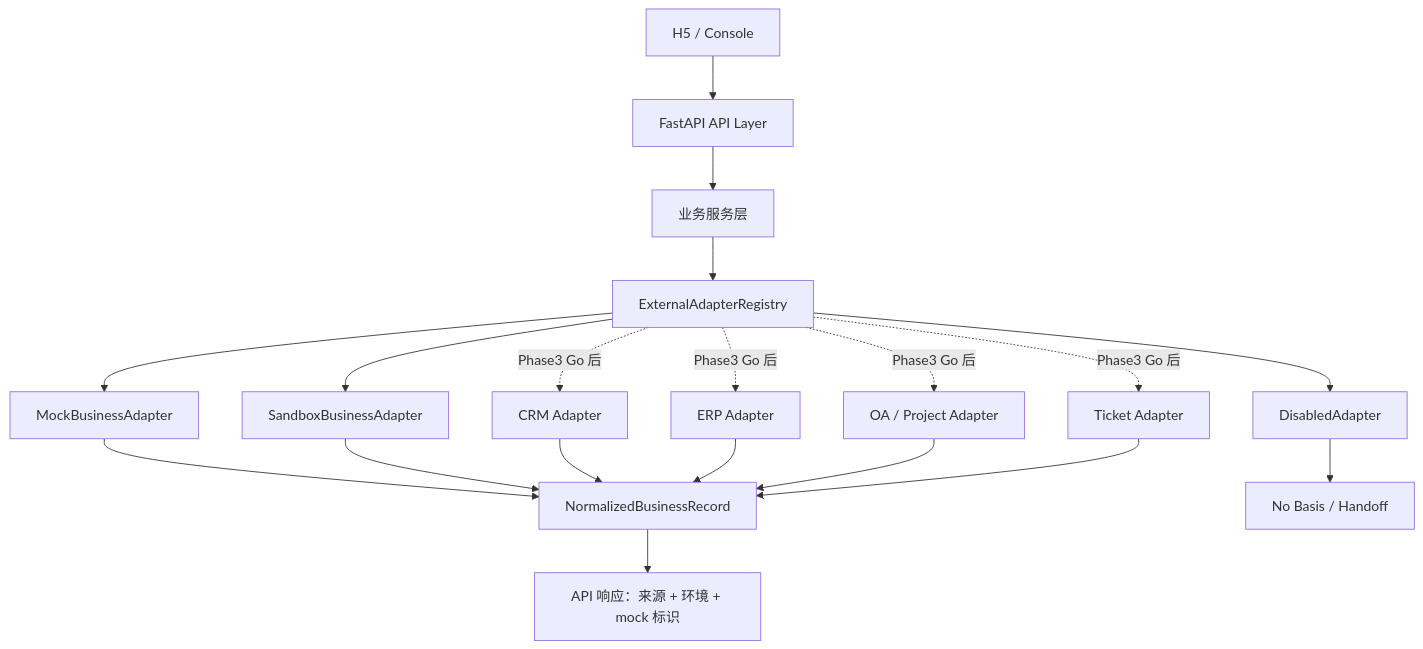
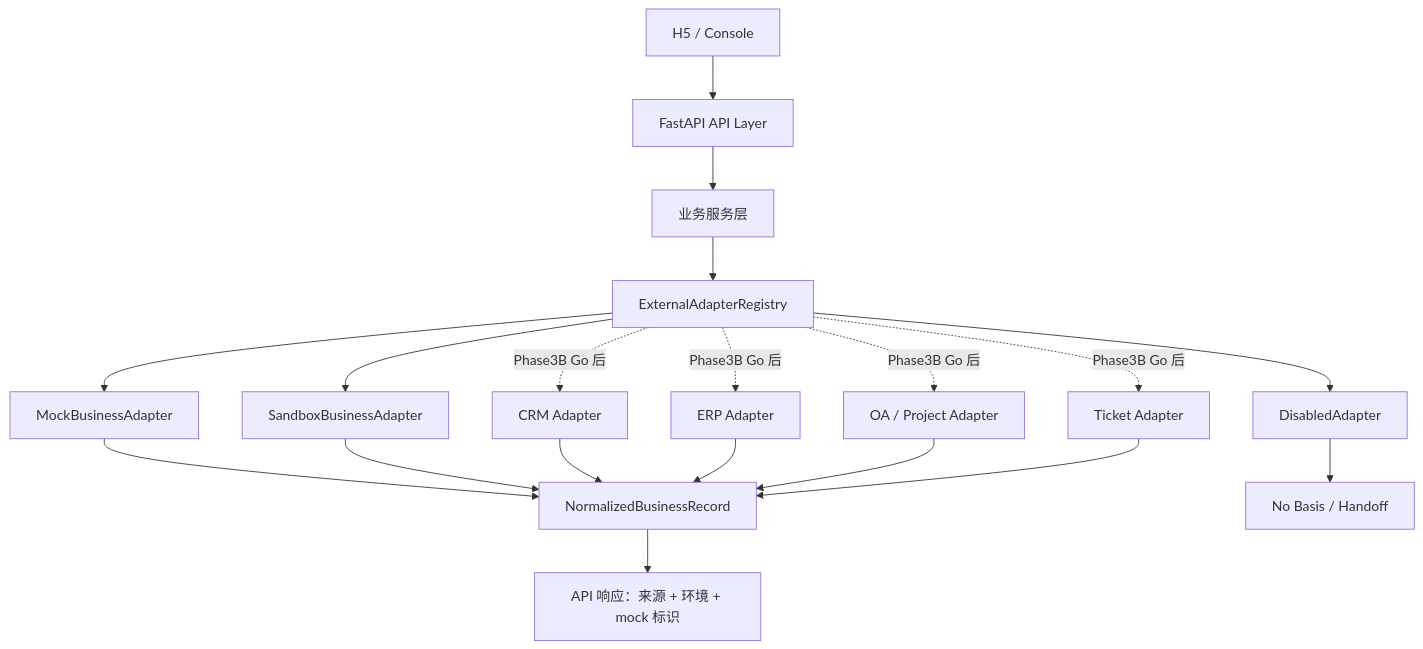
Before and after one commit to emily8421/zhiyan-digital-cs-platform: the diagram in docs/design/integration-adapters.md, drawn with Mermaid. The commit also changed other lines of this file and 23 other files, not shown here.

````diff
--- a/docs/design/integration-adapters.md
+++ b/docs/design/integration-adapters.md
@@ -40,22 +40,22 @@
 ```mermaid
 flowchart TD
   h5[H5 / Console] --> api[FastAPI API Layer]
   api --> service[业务服务层]
   service --> registry[ExternalAdapterRegistry]
   registry --> mock[MockBusinessAdapter]
   registry --> sandbox[SandboxBusinessAdapter]
   registry --> disabled[DisabledAdapter]
-  registry -. Phase3 Go 后 .-> crm[CRM Adapter]
-  registry -. Phase3 Go 后 .-> erp[ERP Adapter]
-  registry -. Phase3 Go 后 .-> oa[OA / Project Adapter]
-  registry -. Phase3 Go 后 .-> ticket[Ticket Adapter]
+  registry -. Phase3B Go 后 .-> crm[CRM Adapter]
+  registry -. Phase3B Go 后 .-> erp[ERP Adapter]
+  registry -. Phase3B Go 后 .-> oa[OA / Project Adapter]
+  registry -. Phase3B Go 后 .-> ticket[Ticket Adapter]
 
   mock --> normalized[NormalizedBusinessRecord]
   sandbox --> normalized
   disabled --> fallback[No Basis / Handoff]
   crm --> normalized
   erp --> normalized
   oa --> normalized
   ticket --> normalized
   normalized --> response[API 响应：来源 + 环境 + mock 标识]
 ```
````
